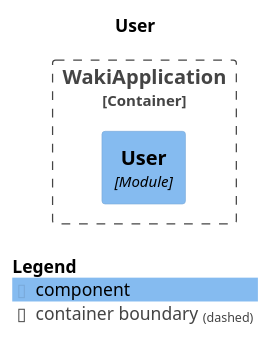
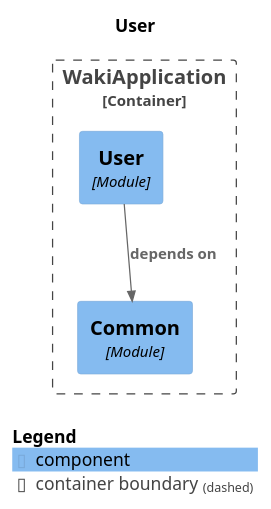
One commit to No-Country-simulation/h2-02-ft-java-react changed the diagram in backend/target/spring-modulith-docs/module-user.puml. Above: the diagram before and after it, drawn with PlantUML. The commit also changed 250 other files, not shown here.

```diff
--- a/backend/target/spring-modulith-docs/module-user.puml
+++ b/backend/target/spring-modulith-docs/module-user.puml
@@ -1,17 +1,19 @@
 @startuml
 set separator none
 title User
 
 top to bottom direction
 
 !include <C4/C4>
 !include <C4/C4_Context>
 !include <C4/C4_Component>
 
 Container_Boundary("WakiApplication.WakiApplication_boundary", "WakiApplication", $tags="") {
+  Component(WakiApplication.WakiApplication.Common, "Common", $techn="Module", $descr="", $tags="", $link="")
   Component(WakiApplication.WakiApplication.User, "User", $techn="Module", $descr="", $tags="", $link="")
 }
 
+Rel(WakiApplication.WakiApplication.User, WakiApplication.WakiApplication.Common, "depends on", $techn="", $tags="", $link="")
 
 SHOW_LEGEND(true)
 @enduml
```
